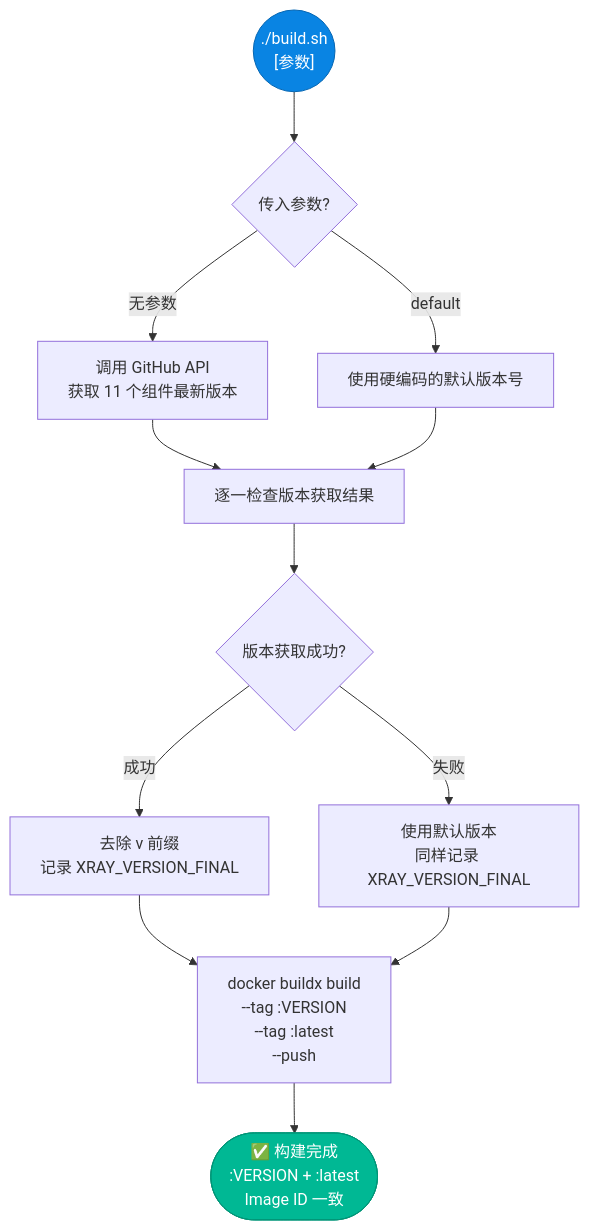
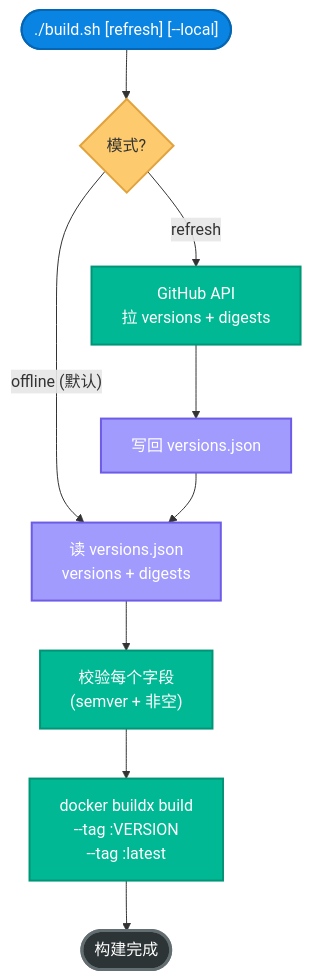
The first of 4 diagrams in docs/05-build-release.md (currycan/sb-xray), drawn with Mermaid before and after one commit. The commit also changed other lines of this file and 2 other files, not shown here.

First line of the commit message:
refactor(build): versions.json 作为 versions + digests 的单一真相源

````diff
--- a/docs/05-build-release.md
+++ b/docs/05-build-release.md
@@ -69,22 +75,19 @@
 ```mermaid
 flowchart TD
-    Start(("./build.sh\n[参数]")) --> Mode{"传入参数?"}
+    classDef entry    fill:#0984e3,stroke:#0566b3,stroke-width:2px,color:#fff
+    classDef process  fill:#00b894,stroke:#009577,stroke-width:2px,color:#fff
+    classDef decision fill:#fdcb6e,stroke:#e0a33e,stroke-width:2px,color:#333
+    classDef data     fill:#a29bfe,stroke:#6c5ce7,stroke-width:2px,color:#fff
+    classDef terminal fill:#2d3436,stroke:#636e72,stroke-width:3px,color:#fff
 
-    Mode -- "无参数" --> Fetch["调用 GitHub API\n获取 11 个组件最新版本"]
-    Mode -- "default" --> Default["使用硬编码的默认版本号"]
+    Start(["./build.sh [refresh] [--local]"]):::entry --> Mode{"模式?"}:::decision
 
-    Fetch --> Check["逐一检查版本获取结果"]
-    Default --> Check
+    Mode -- "offline (默认)" --> Read["读 versions.json<br/>versions + digests"]:::data
+    Mode -- "refresh" --> API["GitHub API<br/>拉 versions + digests"]:::process
+    API --> Write["写回 versions.json"]:::data
+    Write --> Read
 
-    Check --> Version{"版本获取成功?"}
-    Version -- "成功" --> Clean["去除 v 前缀\n记录 XRAY_VERSION_FINAL"]
-    Version -- "失败" --> Fallback["使用默认版本\n同样记录 XRAY_VERSION_FINAL"]
-
-    Clean --> Build["docker buildx build\n--tag :VERSION\n--tag :latest\n--push"]
-    Fallback --> Build
-
-    Build --> Done(["✅ 构建完成\n:VERSION + :latest\nImage ID 一致"])
-
-    style Start fill:#0984e3,stroke:#0566b3,color:#fff
-    style Done fill:#00b894,stroke:#009577,color:#fff
+    Read --> Validate["校验每个字段<br/>(semver + 非空)"]:::process
+    Validate --> Build["docker buildx build<br/>--tag :VERSION<br/>--tag :latest"]:::process
+    Build --> Done(["构建完成"]):::terminal
 ```
````
